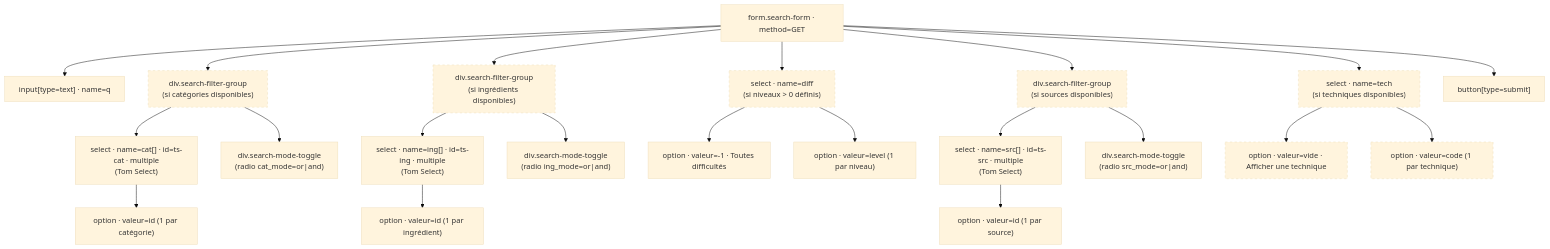
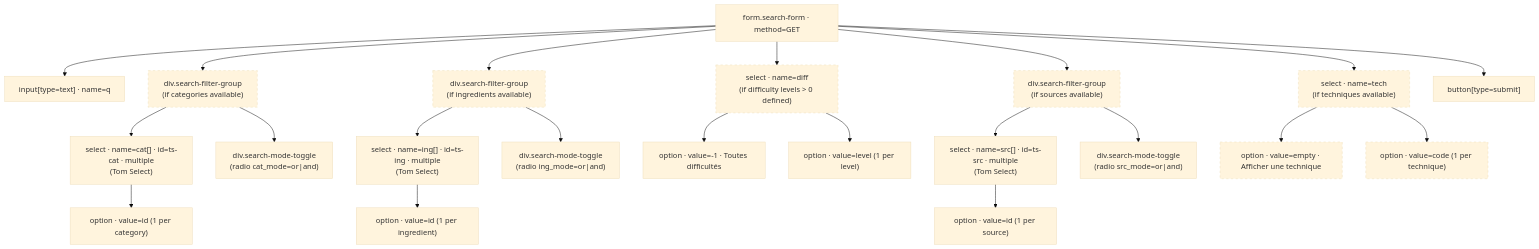
One commit to ppoilbarbe/PBRecipe changed the fifth of 5 diagrams in MAIN_DOM.md. Above: the diagram before and after it, drawn with Mermaid (base theme). The commit also changed other lines of this file and 8 other files, not shown here.

````diff
--- a/MAIN_DOM.md
+++ b/MAIN_DOM.md
@@ -116,32 +116,32 @@
 ```mermaid
 graph TD
     classDef opt stroke-dasharray:5 5
 
     form["form.search-form · method=GET"]
 
     form --> q["input[type=text] · name=q"]
-    form --> grpcat["div.search-filter-group\n(si catégories disponibles)"]:::opt
-    form --> grping["div.search-filter-group\n(si ingrédients disponibles)"]:::opt
-    form --> seldiff["select · name=diff\n(si niveaux > 0 définis)"]:::opt
-    form --> grpsrc["div.search-filter-group\n(si sources disponibles)"]:::opt
-    form --> seltech["select · name=tech\n(si techniques disponibles)"]:::opt
+    form --> grpcat["div.search-filter-group\n(if categories available)"]:::opt
+    form --> grping["div.search-filter-group\n(if ingredients available)"]:::opt
+    form --> seldiff["select · name=diff\n(if difficulty levels > 0 defined)"]:::opt
+    form --> grpsrc["div.search-filter-group\n(if sources available)"]:::opt
+    form --> seltech["select · name=tech\n(if techniques available)"]:::opt
     form --> btn["button[type=submit]"]
 
     grpcat --> selcat["select · name=cat[] · id=ts-cat · multiple\n(Tom Select)"]
     grpcat --> togcat["div.search-mode-toggle\n(radio cat_mode=or|and)"]
-    selcat --> optcatn["option · valeur=id (1 par catégorie)"]
+    selcat --> optcatn["option · value=id (1 per category)"]
 
     grping --> seling["select · name=ing[] · id=ts-ing · multiple\n(Tom Select)"]
     grping --> toging["div.search-mode-toggle\n(radio ing_mode=or|and)"]
-    seling --> optingn["option · valeur=id (1 par ingrédient)"]
+    seling --> optingn["option · value=id (1 per ingredient)"]
 
-    seldiff --> optdiff0["option · valeur=-1 · Toutes difficultés"]
-    seldiff --> optdiffn["option · valeur=level (1 par niveau)"]
+    seldiff --> optdiff0["option · value=-1 · Toutes difficultés"]
+    seldiff --> optdiffn["option · value=level (1 per level)"]
 
     grpsrc --> selsrc["select · name=src[] · id=ts-src · multiple\n(Tom Select)"]
     grpsrc --> togsrc["div.search-mode-toggle\n(radio src_mode=or|and)"]
-    selsrc --> optsrcn["option · valeur=id (1 par source)"]
+    selsrc --> optsrcn["option · value=id (1 per source)"]
 
-    seltech --> opttech0["option · valeur=vide · Afficher une technique"]:::opt
-    seltech --> opttechn["option · valeur=code (1 par technique)"]:::opt
+    seltech --> opttech0["option · value=empty · Afficher une technique"]:::opt
+    seltech --> opttechn["option · value=code (1 per technique)"]:::opt
 ```
````
